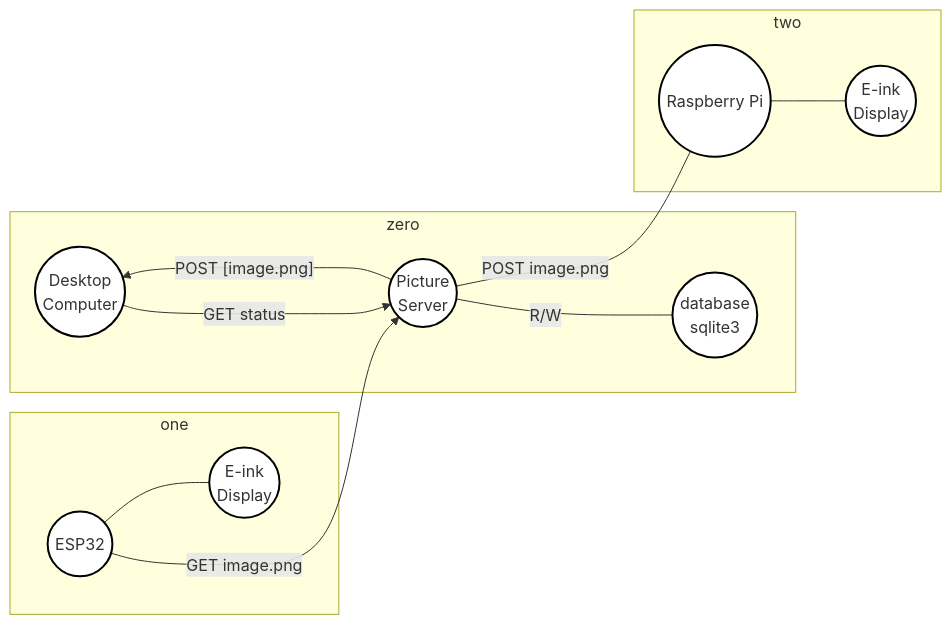
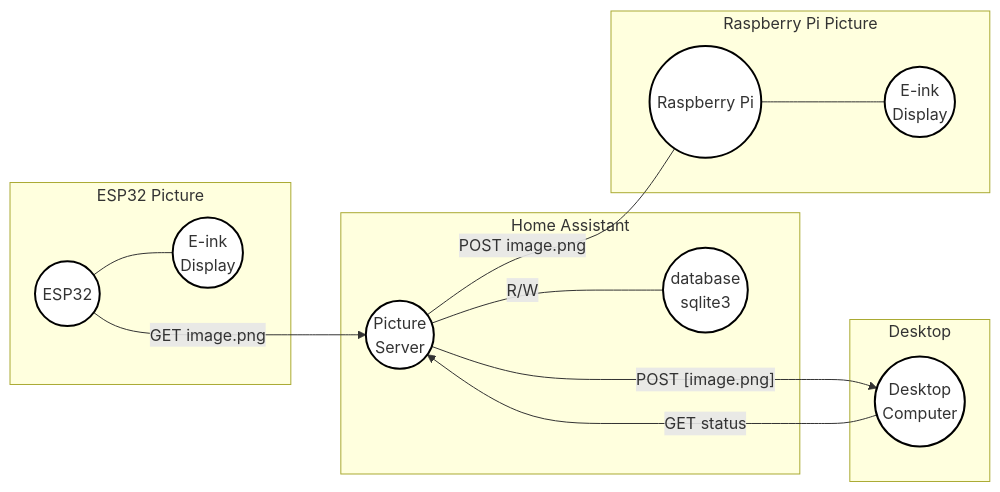
One commit to charnley/blog changed the diagram in _drafts/2025-03-02-building-your-own-ai-and-e-ink-powered-art-gallery-local.md. Above: the diagram before and after it, drawn with Mermaid.

Commit message:
Corrected mermaid

````diff
--- a/_drafts/2025-03-02-building-your-own-ai-and-e-ink-powered-art-gallery-local.md
+++ b/_drafts/2025-03-02-building-your-own-ai-and-e-ink-powered-art-gallery-local.md
@@ -20,22 +20,25 @@
 ```mermaid
 flowchart LR
 
-    subgraph zero
-    A(("Desktop<br>Computer")) --->|"GET status"| B(("Picture<br>Server"))
-
-    B -->|"POST [image.png]"| A
+    subgraph Home Assistant
+    B(("Picture<br>Server"))
     B ---|"R/W"| C(("database<br>sqlite3"))
     end
 
-    subgraph one
+    subgraph Desktop
+    A(("Desktop<br>Computer")) --->|"GET status"| B
+    B -->|"POST [image.png]"| A
+    end
+
+    subgraph ESP32 Picture
     D(("ESP32")) ---> |"GET image.png"| B
     D --- E(("E-ink<br>Display"))
     end
 
-    subgraph two
+    subgraph Raspberry Pi Picture
     B ---|"POST image.png"| F(("Raspberry Pi"))
     F --- G(("E-ink<br>Display"))
     end
     
     classDef default fill:white,stroke:black,stroke-width:2px;
 ```
````
